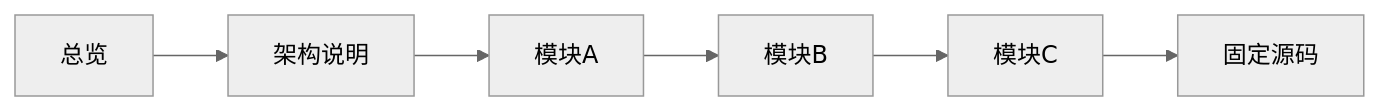
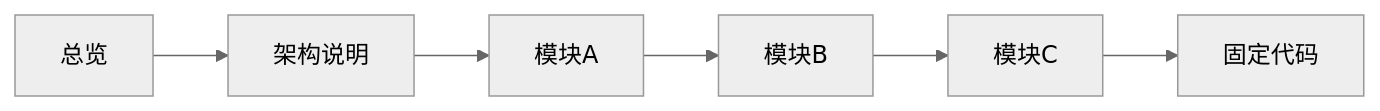
One commit to lejunyang/omem changed the diagram in .repo-review/knowledge/articles/5ef71b2c76cc144c5bd5b4ddf3a6f860924bd6e2d060a8a70675f934ca0f5e13.md. Above: the diagram before and after it, drawn with Mermaid (neutral theme). The commit also changed other lines of this file and 97 other files, not shown here.

````diff
--- a/.repo-review/knowledge/articles/5ef71b2c76cc144c5bd5b4ddf3a6f860924bd6e2d060a8a70675f934ca0f5e13.md
+++ b/.repo-review/knowledge/articles/5ef71b2c76cc144c5bd5b4ddf3a6f860924bd6e2d060a8a70675f934ca0f5e13.md
@@ -19,8 +19,4 @@
 ```mermaid
 flowchart LR
-  总览 --> 架构说明
-  架构说明 --> 模块A
-  模块A --> 模块B
-  模块B --> 模块C
-  模块C --> 固定源码
+  总览 --> 架构说明 --> 模块A --> 模块B --> 模块C --> 固定代码
 ```
````
